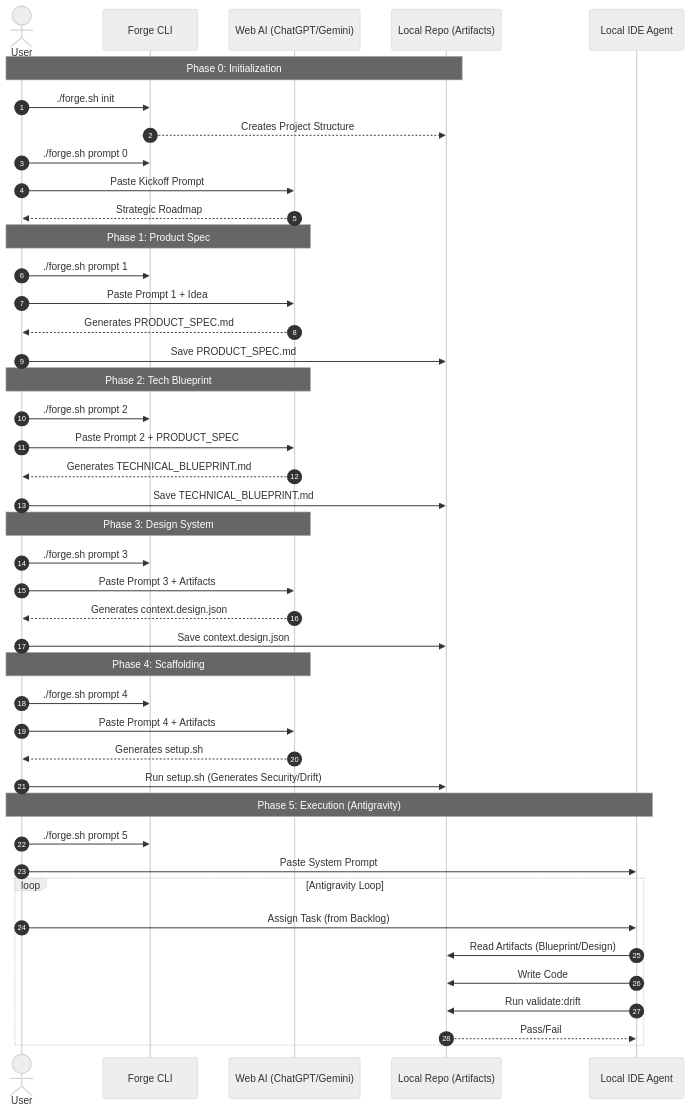
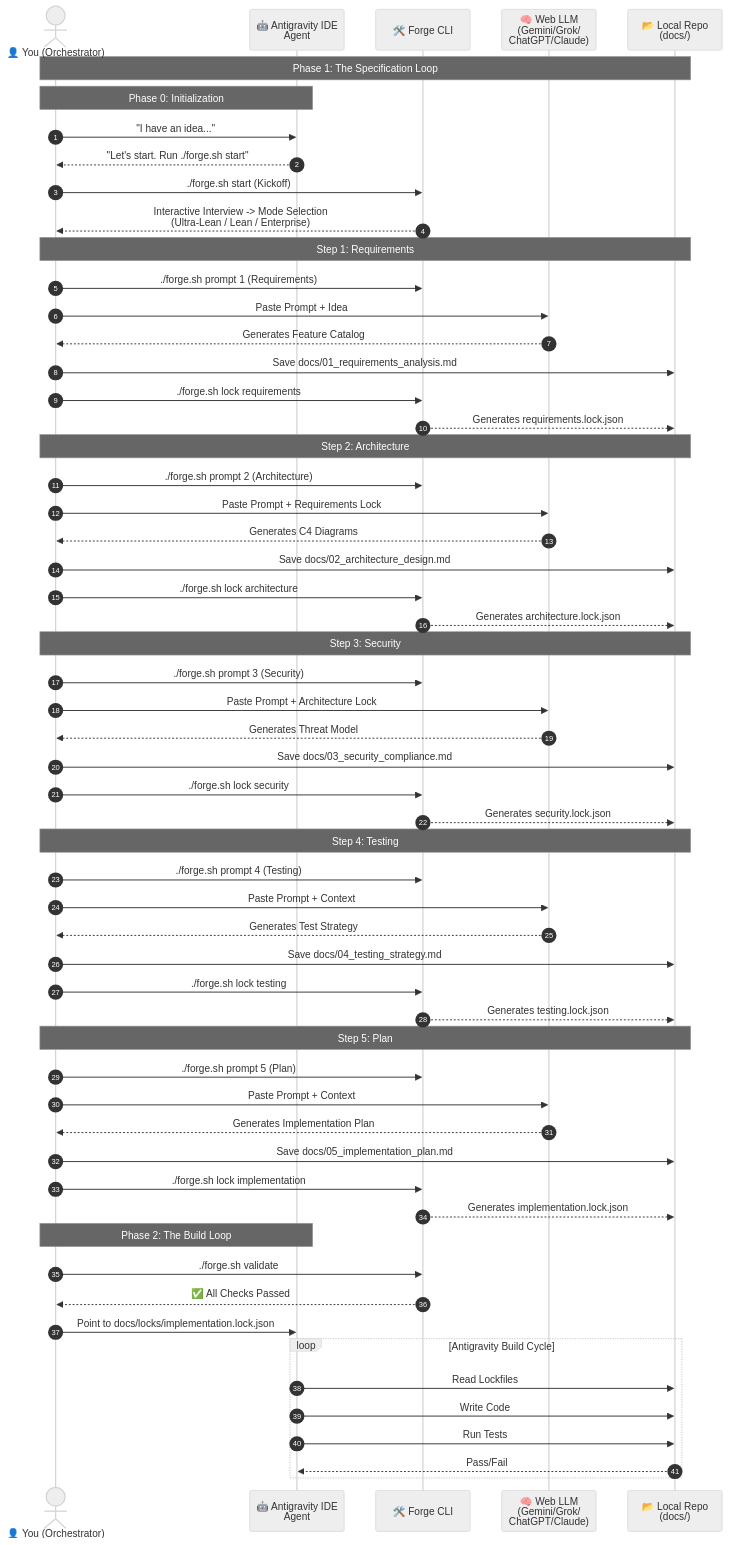
One commit to richfrem/quantum-diamond-forge changed the third of 3 diagrams in GUIDE.md. Above: the diagram before and after it, drawn with Mermaid (neutral theme). The commit also changed other lines of this file and 1 other file, not shown here.

Commit message:
docs: update README and GUIDE with latest v2.2 diagrams

````diff
--- a/GUIDE.md
+++ b/GUIDE.md
@@ -171,51 +144,72 @@
 ```mermaid
 sequenceDiagram
     autonumber
-    actor User
-    participant CLI as Forge CLI
-    participant WebAI as Web AI (ChatGPT/Gemini)
-    participant Repo as Local Repo (Artifacts)
-    participant Agent as Local IDE Agent
+    actor User as 👤 You (Orchestrator)
+    participant Agent as 🤖 Antigravity IDE<BR> Agent
+    participant CLI as 🛠️ Forge CLI
+    participant WebAI as 🧠 Web LLM<BR>(Gemini/Grok/<BR>ChatGPT/Claude)
+    participant Repo as 📂 Local Repo<BR>(docs/)
 
-    Note over User, Repo: Phase 0: Initialization
-    User->>CLI: ./forge.sh init
-    CLI-->>Repo: Creates Project Structure
-    User->>CLI: ./forge.sh prompt 0
-    User->>WebAI: Paste Kickoff Prompt
-    WebAI-->>User: Strategic Roadmap
-
-    Note over User, WebAI: Phase 1: Product Spec
-    User->>CLI: ./forge.sh prompt 1
-    User->>WebAI: Paste Prompt 1 + Idea
-    WebAI-->>User: Generates PRODUCT_SPEC.md
-    User->>Repo: Save PRODUCT_SPEC.md
-
-    Note over User, WebAI: Phase 2: Tech Blueprint
-    User->>CLI: ./forge.sh prompt 2
-    User->>WebAI: Paste Prompt 2 + PRODUCT_SPEC
-    WebAI-->>User: Generates TECHNICAL_BLUEPRINT.md
-    User->>Repo: Save TECHNICAL_BLUEPRINT.md
-
-    Note over User, WebAI: Phase 3: Design System
-    User->>CLI: ./forge.sh prompt 3
-    User->>WebAI: Paste Prompt 3 + Artifacts
-    WebAI-->>User: Generates context.design.json
-    User->>Repo: Save context.design.json
-
-    Note over User, WebAI: Phase 4: Scaffolding
-    User->>CLI: ./forge.sh prompt 4
-    User->>WebAI: Paste Prompt 4 + Artifacts
-    WebAI-->>User: Generates setup.sh
-    User->>Repo: Run setup.sh (Generates Security/Drift)
-
-    Note over User, Agent: Phase 5: Execution (Antigravity)
-    User->>CLI: ./forge.sh prompt 5
-    User->>Agent: Paste System Prompt
-    loop Antigravity Loop
-        User->>Agent: Assign Task (from Backlog)
-        Agent->>Repo: Read Artifacts (Blueprint/Design)
+    Note over User, Repo: Phase 1: The Specification Loop
+    
+    Note over User, Agent: Phase 0: Initialization
+    
+    User->>Agent: "I have an idea..."
+    Agent-->>User: "Let's start. Run ./forge.sh start"
+    
+    User->>CLI: ./forge.sh start (Kickoff)
+    CLI-->>User: Interactive Interview -> Mode Selection<br/>(Ultra-Lean / Lean / Enterprise)
+    
+    Note over User, Repo: Step 1: Requirements
+    User->>CLI: ./forge.sh prompt 1 (Requirements)
+    User->>WebAI: Paste Prompt + Idea
+    WebAI-->>User: Generates Feature Catalog
+    User->>Repo: Save docs/01_requirements_analysis.md
+    User->>CLI: ./forge.sh lock requirements
+    CLI-->>Repo: Generates requirements.lock.json
+    
+    Note over User, Repo: Step 2: Architecture
+    User->>CLI: ./forge.sh prompt 2 (Architecture)
+    User->>WebAI: Paste Prompt + Requirements Lock
+    WebAI-->>User: Generates C4 Diagrams
+    User->>Repo: Save docs/02_architecture_design.md
+    User->>CLI: ./forge.sh lock architecture
+    CLI-->>Repo: Generates architecture.lock.json
+    
+    Note over User, Repo: Step 3: Security
+    User->>CLI: ./forge.sh prompt 3 (Security)
+    User->>WebAI: Paste Prompt + Architecture Lock
+    WebAI-->>User: Generates Threat Model
+    User->>Repo: Save docs/03_security_compliance.md
+    User->>CLI: ./forge.sh lock security
+    CLI-->>Repo: Generates security.lock.json
+    
+    Note over User, Repo: Step 4: Testing
+    User->>CLI: ./forge.sh prompt 4 (Testing)
+    User->>WebAI: Paste Prompt + Context
+    WebAI-->>User: Generates Test Strategy
+    User->>Repo: Save docs/04_testing_strategy.md
+    User->>CLI: ./forge.sh lock testing
+    CLI-->>Repo: Generates testing.lock.json
+    
+    Note over User, Repo: Step 5: Plan
+    User->>CLI: ./forge.sh prompt 5 (Plan)
+    User->>WebAI: Paste Prompt + Context
+    WebAI-->>User: Generates Implementation Plan
+    User->>Repo: Save docs/05_implementation_plan.md
+    User->>CLI: ./forge.sh lock implementation
+    CLI-->>Repo: Generates implementation.lock.json
+    
+    Note over User, Agent: Phase 2: The Build Loop
+    
+    User->>CLI: ./forge.sh validate
+    CLI-->>User: ✅ All Checks Passed
+    
+    User->>Agent: Point to docs/locks/implementation.lock.json
+    loop Antigravity Build Cycle
+        Agent->>Repo: Read Lockfiles
         Agent->>Repo: Write Code
-        Agent->>Repo: Run validate:drift
+        Agent->>Repo: Run Tests
         Repo-->>Agent: Pass/Fail
     end
 ```
````
